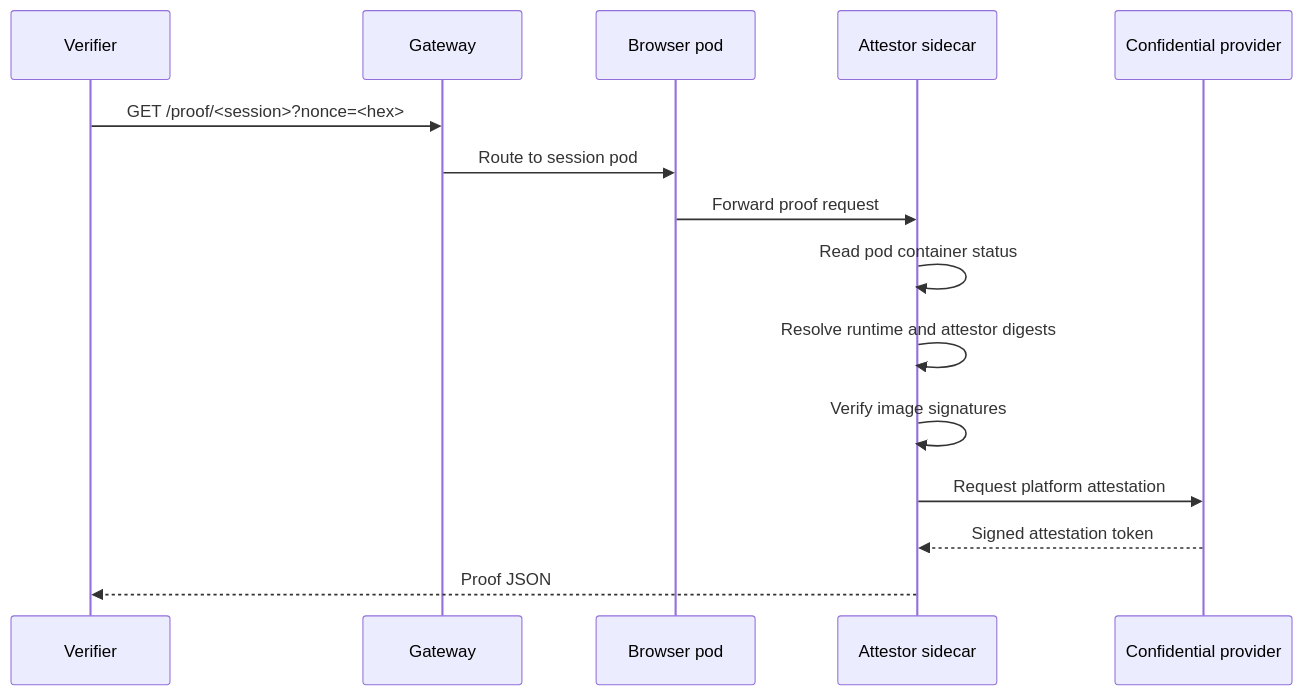
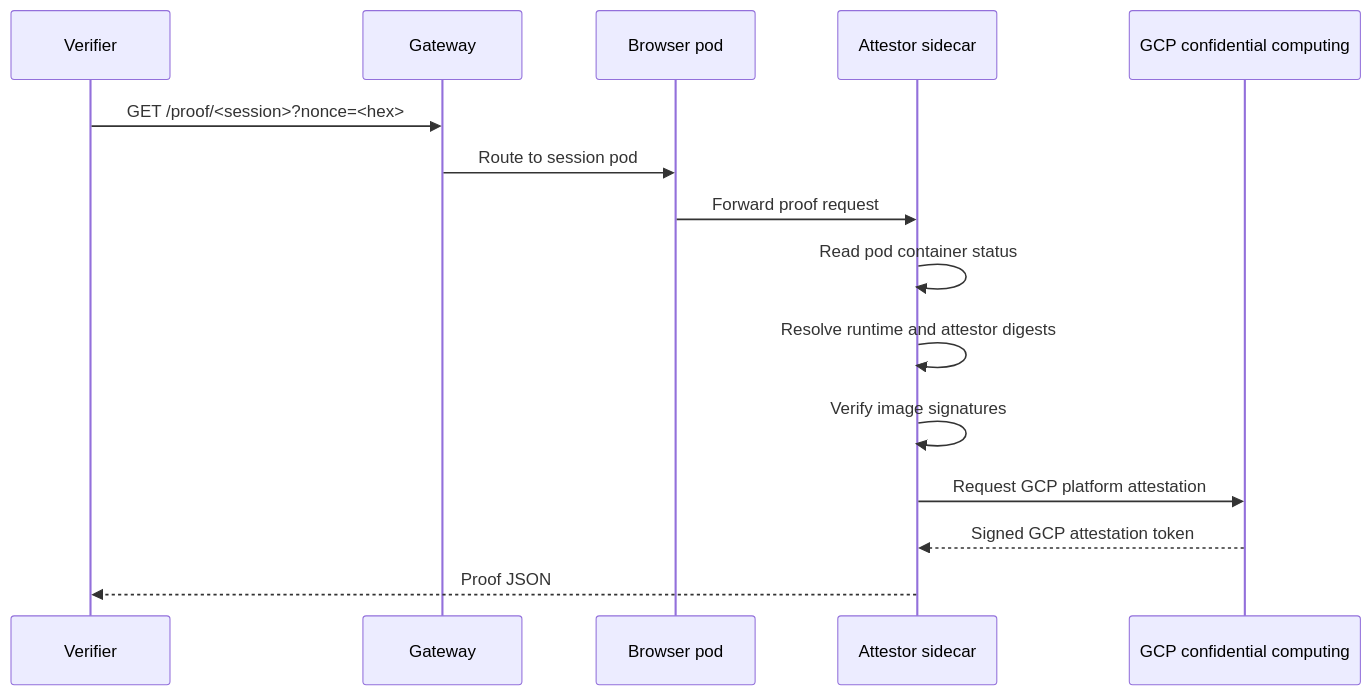
The diagram in docs/attestation.md (reclaimprotocol/popcorn-oss), drawn with Mermaid before and after one commit. The commit also changed other lines of this file and 14 other files, not shown here.

````diff
--- a/docs/attestation.md
+++ b/docs/attestation.md
@@ -20,18 +20,18 @@
 ```mermaid
 sequenceDiagram
     participant Client as Verifier
     participant Gateway as Gateway
     participant Browser as Browser pod
     participant Attestor as Attestor sidecar
-    participant Provider as Confidential provider
+    participant Provider as GCP confidential computing
 
     Client->>Gateway: GET /proof/<session>?nonce=<hex>
     Gateway->>Browser: Route to session pod
     Browser->>Attestor: Forward proof request
     Attestor->>Attestor: Read pod container status
     Attestor->>Attestor: Resolve runtime and attestor digests
     Attestor->>Attestor: Verify image signatures
-    Attestor->>Provider: Request platform attestation
-    Provider-->>Attestor: Signed attestation token
+    Attestor->>Provider: Request GCP platform attestation
+    Provider-->>Attestor: Signed GCP attestation token
     Attestor-->>Client: Proof JSON
 ```
````
